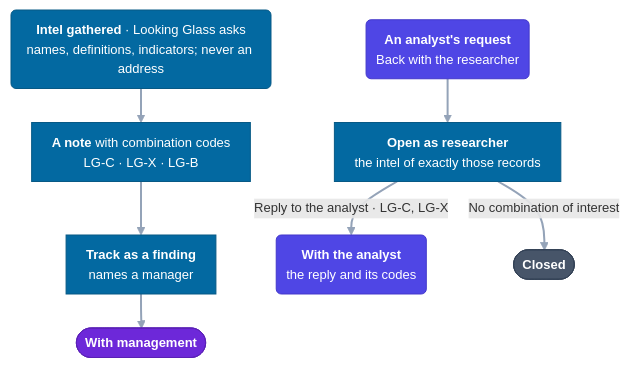
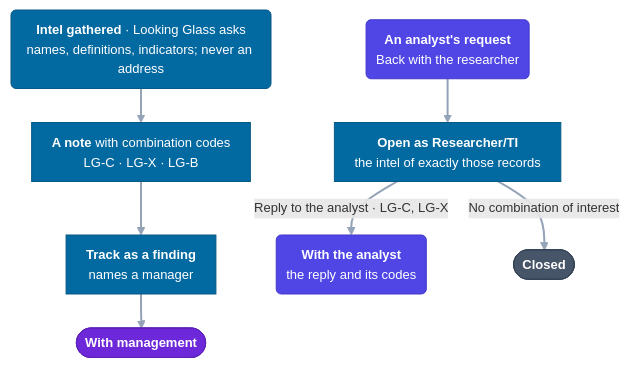
One commit to anonghosty/looking-glass changed the fourth of 7 diagrams in docs/USE_CASES.md. Above: the diagram before and after it, drawn with Mermaid. The commit also changed other lines of this file and 159 other files, not shown here.

````diff
--- a/docs/USE_CASES.md
+++ b/docs/USE_CASES.md
@@ -179,23 +179,23 @@
 ```mermaid
 %%{init: {"themeVariables": {"fontSize": "13px"}, "flowchart": {"curve": "basis", "nodeSpacing": 24, "rankSpacing": 34, "padding": 10, "wrappingWidth": 240}}}%%
 flowchart TD
     S("<b>Intel gathered</b> · Looking Glass asks<br/>names, definitions, indicators; never an address"):::research
     N["<b>A note</b> with combination codes<br/>LG-C · LG-X · LG-B"]:::research
     T["<b>Track as a finding</b><br/>names a manager"]:::research
     M(["<b>With management</b>"]):::mgmt
     Q("<b>An analyst's request</b><br/>Back with the researcher"):::analyst
-    O["<b>Open as researcher</b><br/>the intel of exactly those records"]:::research
+    O["<b>Open as Researcher/TI</b><br/>the intel of exactly those records"]:::research
     A("<b>With the analyst</b><br/>the reply and its codes"):::analyst
     C(["<b>Closed</b>"]):::closed
     S --> N --> T --> M
     Q --> O
     O -- "Reply to the analyst · LG-C, LG-X" --> A
     O -- "No combination of interest" --> C
     classDef research fill:#0369a1,stroke:#075985,color:#fff
     classDef analyst fill:#4f46e5,stroke:#4338ca,color:#fff
     classDef mgmt fill:#6d28d9,stroke:#5b21b6,color:#fff
     classDef advisor fill:#be185d,stroke:#9d174d,color:#fff
     classDef closed fill:#475569,stroke:#334155,color:#fff
     classDef ext fill:#b45309,stroke:#92400e,color:#fff
     linkStyle default stroke:#94a3b8,stroke-width:2px
 ```
````
